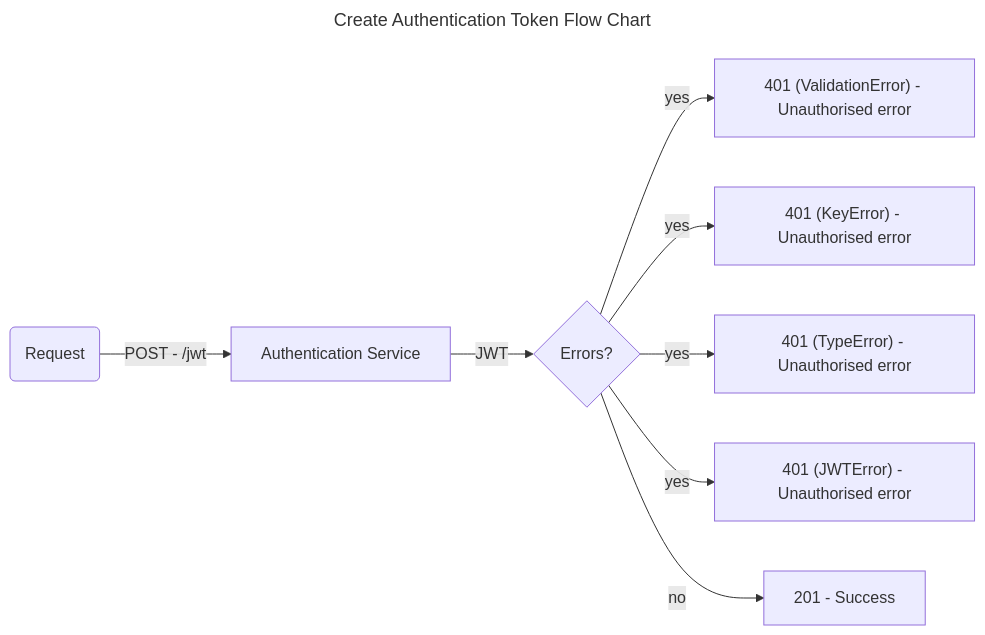
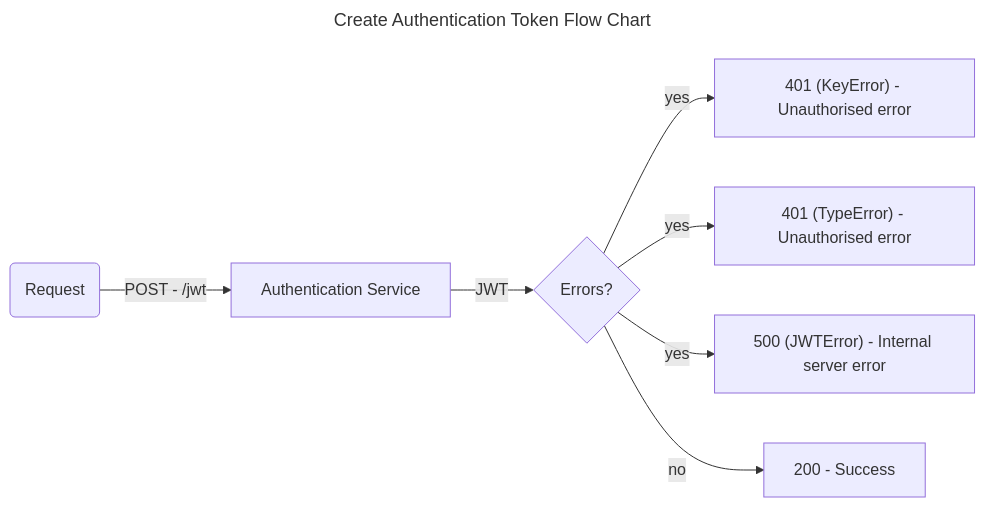
One commit to darrylmorton/ct-iot-authentication-service changed the first of 2 diagrams in docs/DIAGRAMS.md. Above: the diagram before and after it, drawn with Mermaid. The commit also changed other lines of this file and 10 other files, not shown here.

````diff
--- a/docs/DIAGRAMS.md
+++ b/docs/DIAGRAMS.md
@@ -1,14 +1,13 @@
 ```mermaid
 ---
 title: Create Authentication Token Flow Chart
 ---
 
 flowchart LR
     HttpRequest(Request) -->|POST - /jwt| AuthenticationService[Authentication Service]
     AuthenticationService -->|JWT| Errors{Errors?}
-    Errors -->|yes| ValidationError["401 (ValidationError) - Unauthorised error"]
     Errors -->|yes| KeyError["401 (KeyError) - Unauthorised error"]
     Errors -->|yes| TypeError["401 (TypeError) - Unauthorised error"]
-    Errors -->|yes| JWTError["401 (JWTError) - Unauthorised error"]
-    Errors -->|no| SuccessResponse[201 - Success]
+    Errors -->|yes| JWTError["500 (JWTError) - Internal server error"]
+    Errors -->|no| SuccessResponse[200 - Success]
 ```
````
